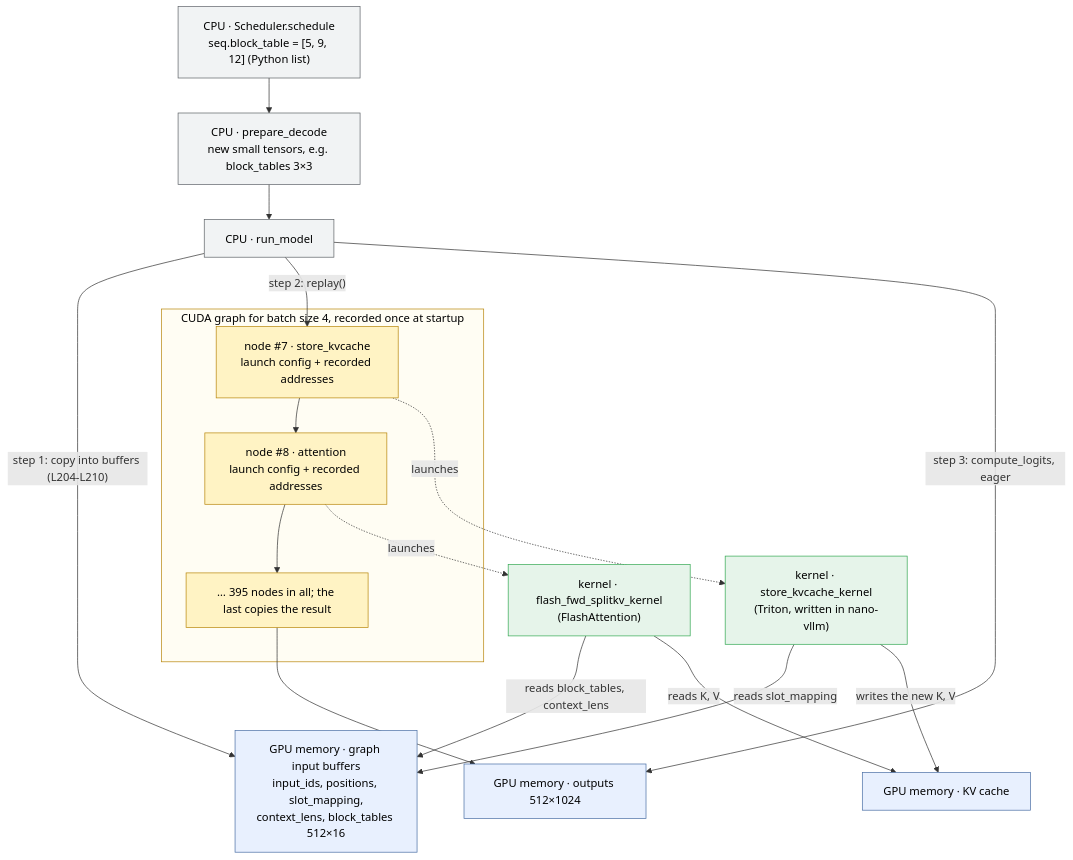
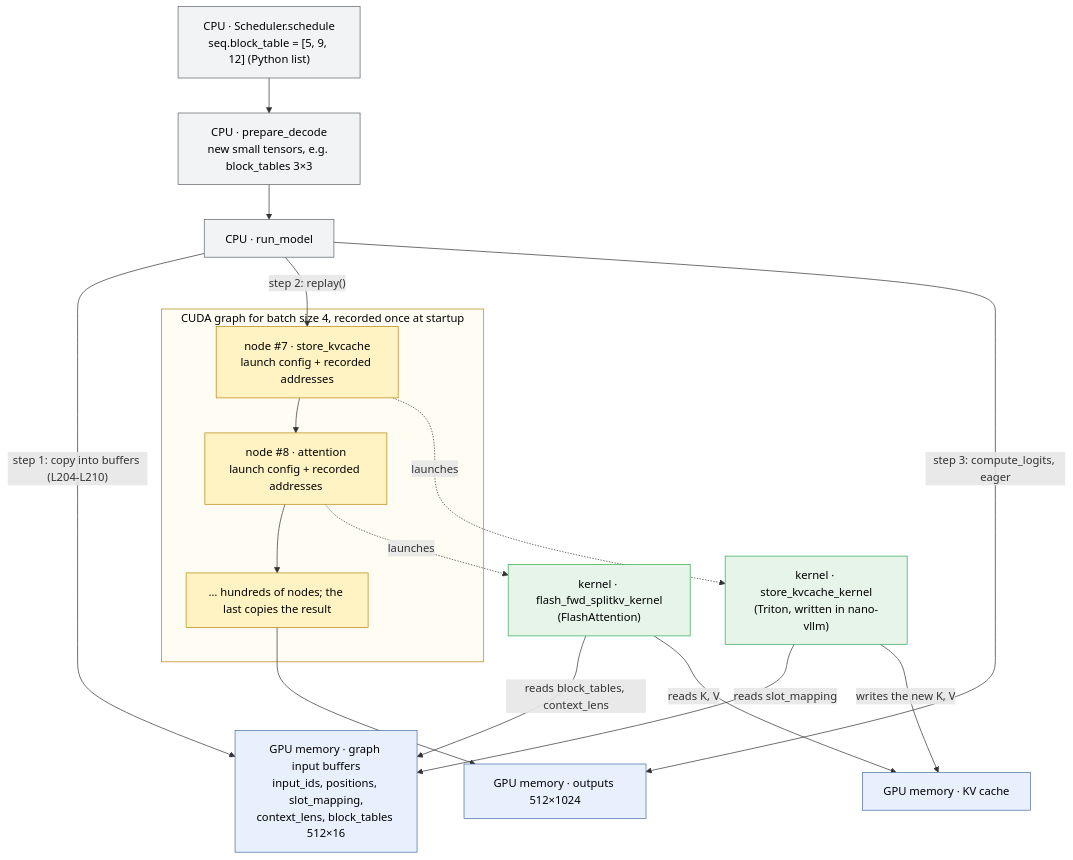
One commit to taigaoma1997/llm-infra-notes changed the second of 2 diagrams in notes/nano-vllm/issues/190-cuda-graph-block-tables.md. Above: the diagram before and after it, drawn with Mermaid. The commit also changed other lines of this file and 4 other files, not shown here.

Commit message:
Consistency pass: #190 graph numbers, Triton cache pitfall, Now/Next, roadmap

````diff
--- a/notes/nano-vllm/issues/190-cuda-graph-block-tables.md
+++ b/notes/nano-vllm/issues/190-cuda-graph-block-tables.md
@@ -170,28 +170,28 @@
 ```mermaid
 flowchart TD
   S["CPU · Scheduler.schedule<br/>seq.block_table = [5, 9, 12] (Python list)"] --> P["CPU · prepare_decode<br/>new small tensors, e.g. block_tables 3×3"]
   P --> R["CPU · run_model"]
   R -->|"step 1: copy into buffers (L204-L210)"| BUF["GPU memory · graph input buffers<br/>input_ids, positions, slot_mapping,<br/>context_lens, block_tables 512×16"]
   R -->|"step 2: replay()"| N7
   subgraph G["CUDA graph for batch size 4, recorded once at startup"]
     N7["node #7 · store_kvcache<br/>launch config + recorded addresses"] --> N8["node #8 · attention<br/>launch config + recorded addresses"]
-    N8 --> NL["… 395 nodes in all; the last copies the result"]
+    N8 --> NL["… hundreds of nodes; the last copies the result"]
   end
   N7 -.->|launches| K7["kernel · store_kvcache_kernel<br/>(Triton, written in nano-vllm)"]
   N8 -.->|launches| K8["kernel · flash_fwd_splitkv_kernel<br/>(FlashAttention)"]
   K7 -->|reads slot_mapping| BUF
   K7 -->|writes the new K, V| KV["GPU memory · KV cache"]
   K8 -->|reads block_tables, context_lens| BUF
   K8 -->|reads K, V| KV
   NL --> OUT["GPU memory · outputs 512×1024"]
   R -->|"step 3: compute_logits, eager"| OUT
   classDef cpu fill:#f1f3f4,stroke:#5f6368,color:#000
   classDef mem fill:#e8f0fe,stroke:#4a6fa5,color:#000
   classDef gnode fill:#fff3c4,stroke:#b8860b,color:#000
   classDef code fill:#e6f4ea,stroke:#34a853,color:#000
   class S,P,R cpu
   class BUF,KV,OUT mem
   class N7,N8,NL gnode
   class K7,K8 code
   style G fill:#fffdf3,stroke:#b8860b,color:#000
 ```
````
